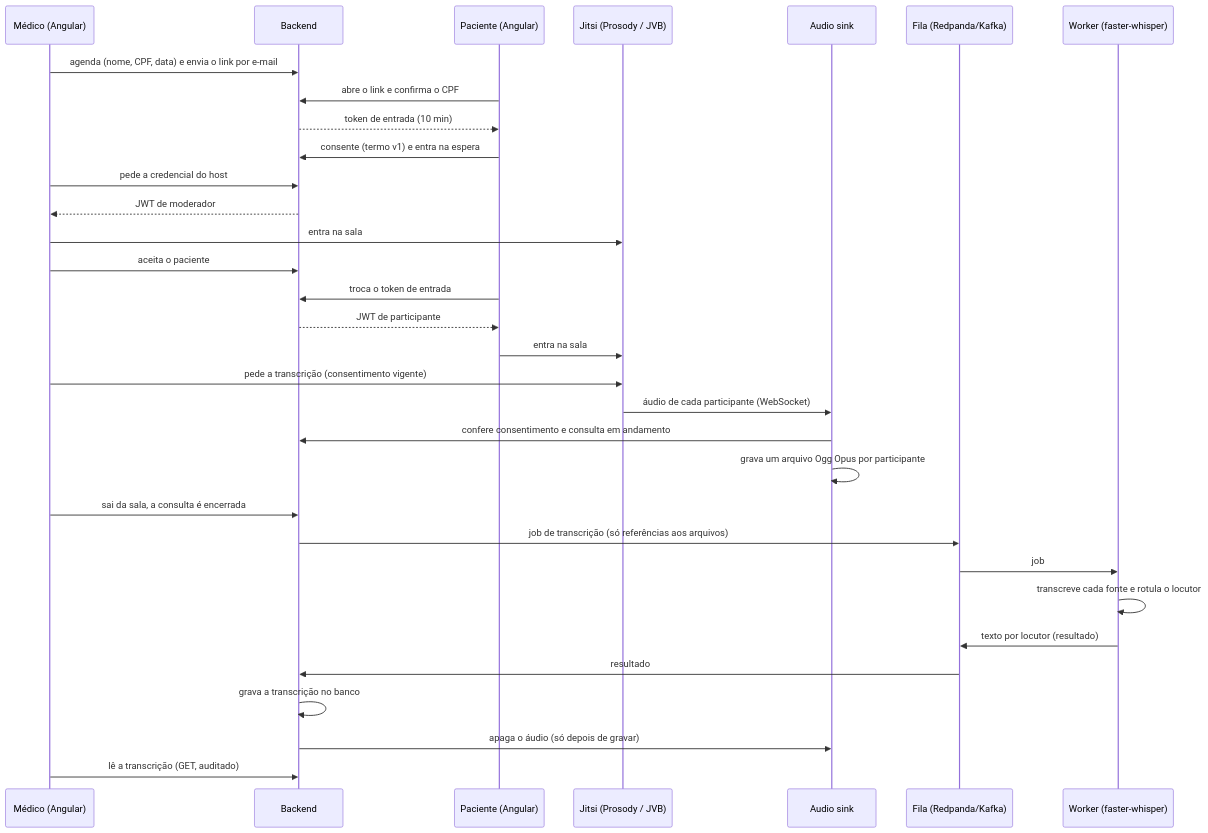
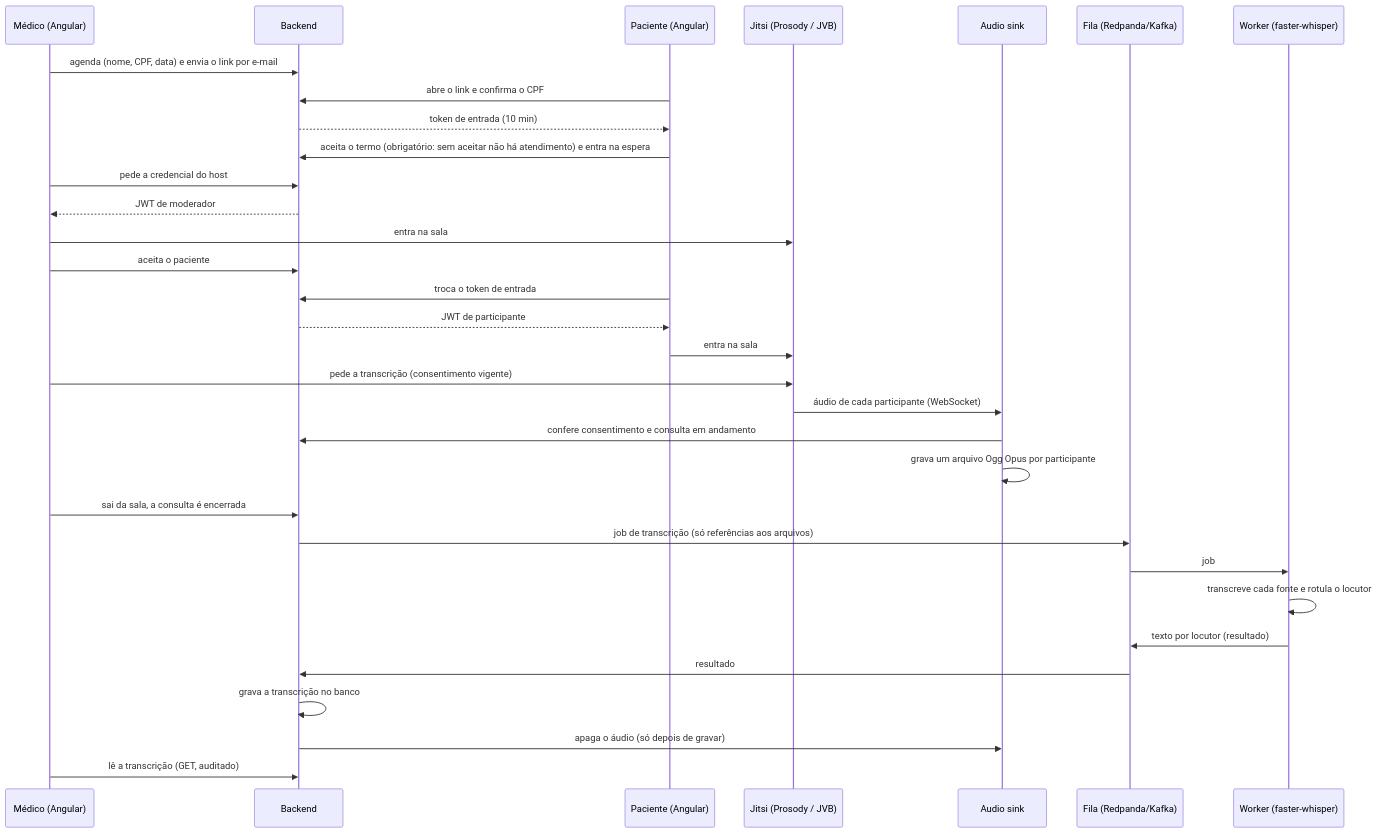
One commit to rbiasibetti/MediLink changed the second of 2 diagrams in README.md. Above: the diagram before and after it, drawn with Mermaid. The commit also changed other lines of this file and 26 other files, not shown here.

````diff
--- a/README.md
+++ b/README.md
@@ -112,35 +112,35 @@
 ```mermaid
 sequenceDiagram
     participant M as Médico (Angular)
     participant B as Backend
     participant Pa as Paciente (Angular)
     participant J as Jitsi (Prosody / JVB)
     participant S as Audio sink
     participant K as Fila (Redpanda/Kafka)
     participant W as Worker (faster-whisper)
 
     M->>B: agenda (nome, CPF, data) e envia o link por e-mail
     Pa->>B: abre o link e confirma o CPF
     B-->>Pa: token de entrada (10 min)
-    Pa->>B: consente (termo v1) e entra na espera
+    Pa->>B: aceita o termo (obrigatório: sem aceitar não há atendimento) e entra na espera
     M->>B: pede a credencial do host
     B-->>M: JWT de moderador
     M->>J: entra na sala
     M->>B: aceita o paciente
     Pa->>B: troca o token de entrada
     B-->>Pa: JWT de participante
     Pa->>J: entra na sala
     M->>J: pede a transcrição (consentimento vigente)
     J->>S: áudio de cada participante (WebSocket)
     S->>B: confere consentimento e consulta em andamento
     S->>S: grava um arquivo Ogg Opus por participante
     M->>B: sai da sala, a consulta é encerrada
     B->>K: job de transcrição (só referências aos arquivos)
     K->>W: job
     W->>W: transcreve cada fonte e rotula o locutor
     W->>K: texto por locutor (resultado)
     K->>B: resultado
     B->>B: grava a transcrição no banco
     B->>S: apaga o áudio (só depois de gravar)
     M->>B: lê a transcrição (GET, auditado)
 ```
````
